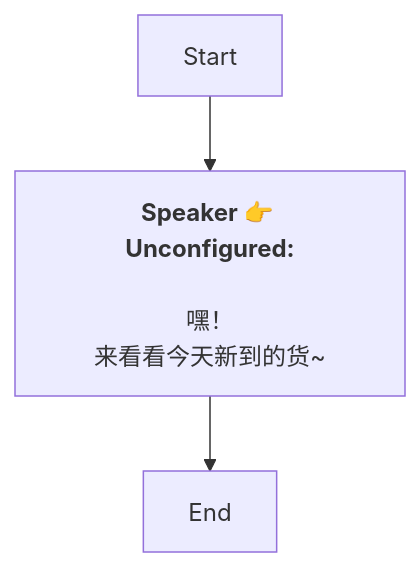
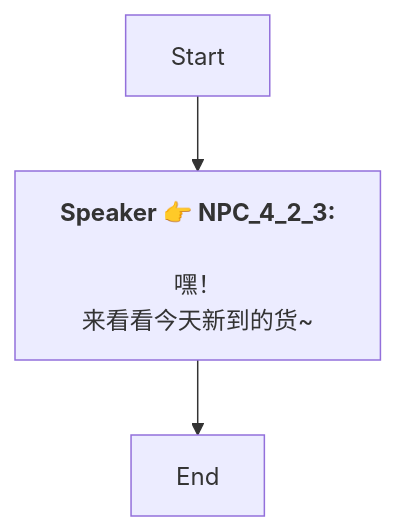
The diagram in Zh/QuestApproachDialogNode_1738912297793730.md (SoftHu/tos_avg), drawn with Mermaid before and after one commit. The commit also changed 737 other files, not shown here.

````diff
--- a/Zh/QuestApproachDialogNode_1738912297793730.md
+++ b/Zh/QuestApproachDialogNode_1738912297793730.md
@@ -1,9 +1,8 @@
 ```mermaid
 graph
-Start -->1738987146553535[<b>Speaker 👉 Unconfigured:</b>
-
-嘿！
+Start -->1738987146553535[<b>Speaker 👉 NPC_4_2_3:</b>
+\n嘿！
 来看看今天新到的货~]
 1738987146553535 -->1738912367611078[End]
 
- ```
+```
````
